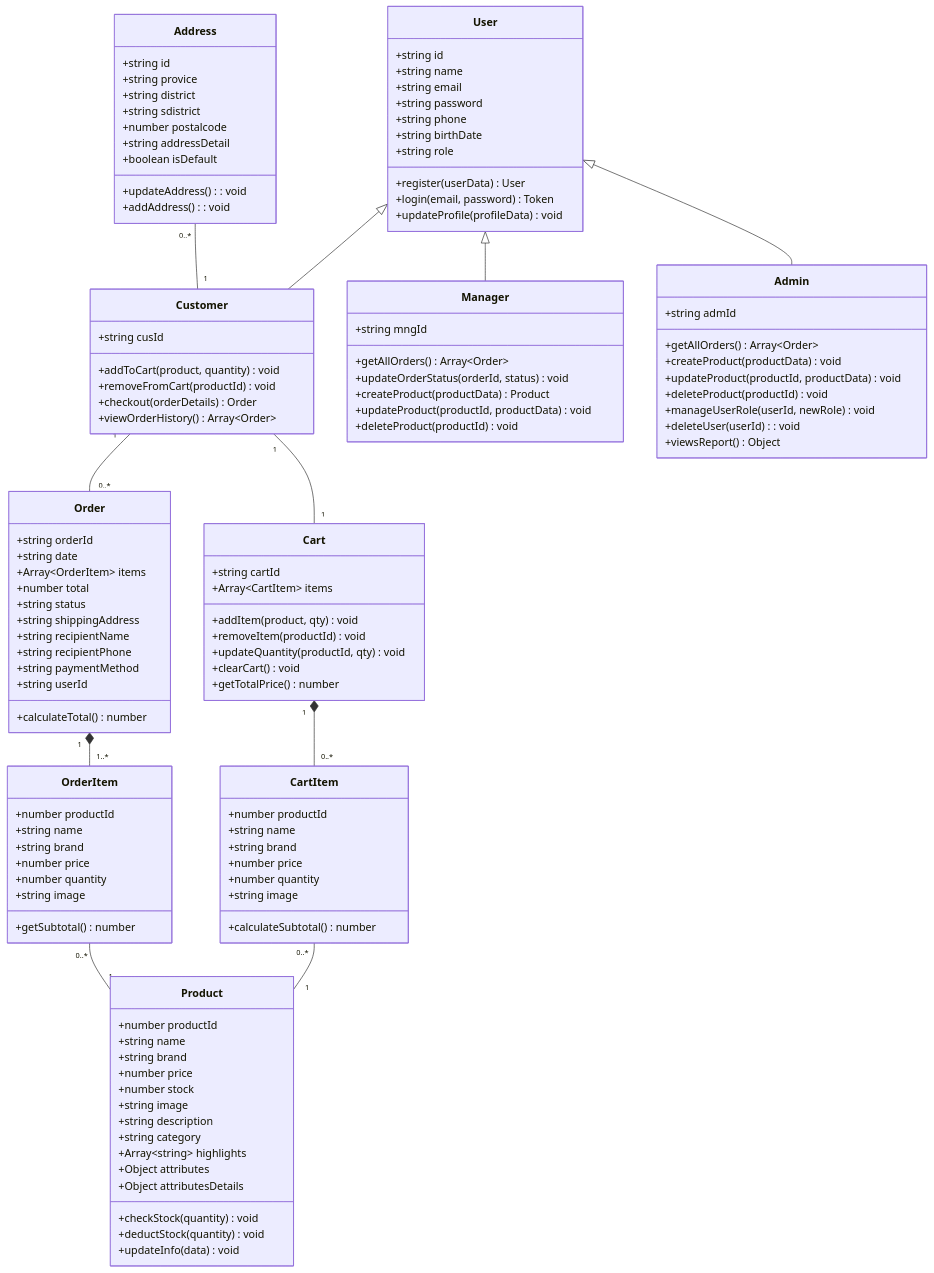
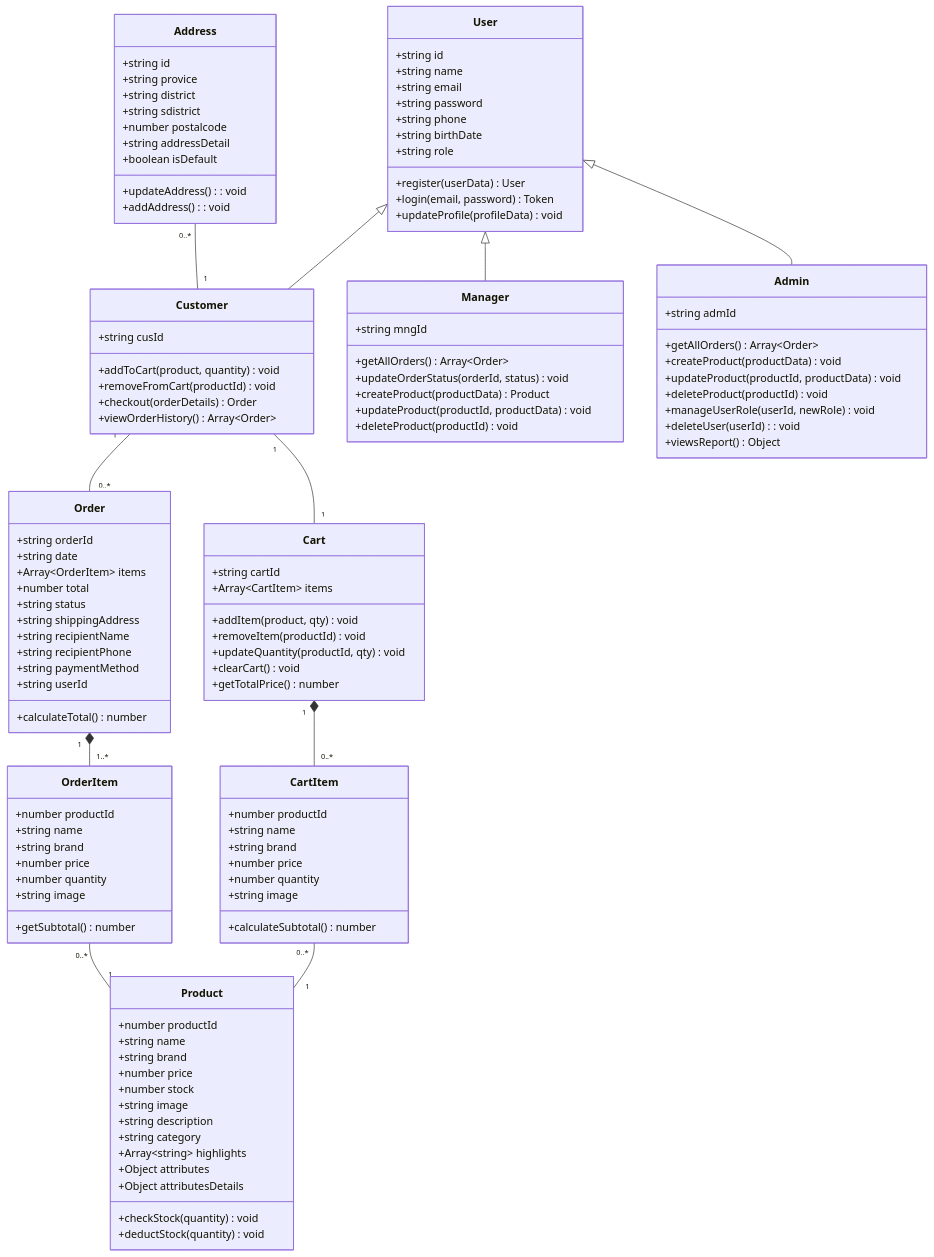
The first of 3 diagrams in README.md (Supphanat-P/CSI204-I-Have-Computer), drawn with Mermaid before and after one commit. The commit also changed other lines of this file, not shown here.

```diff
--- a/README.md
+++ b/README.md
@@ -340,7 +340,6 @@
         +Object attributesDetails
         +checkStock(quantity) void
         +deductStock(quantity) void
-        +updateInfo(data) void
     }
 
     class Order {
```
